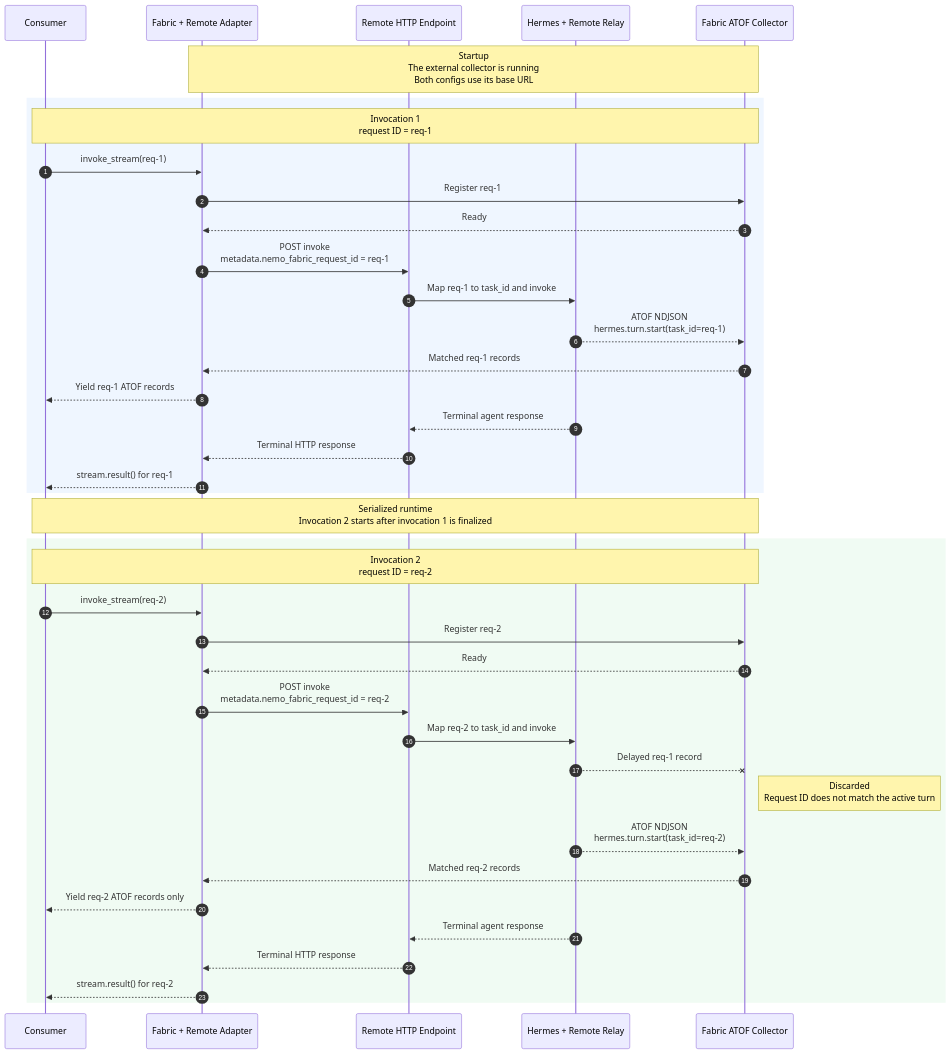
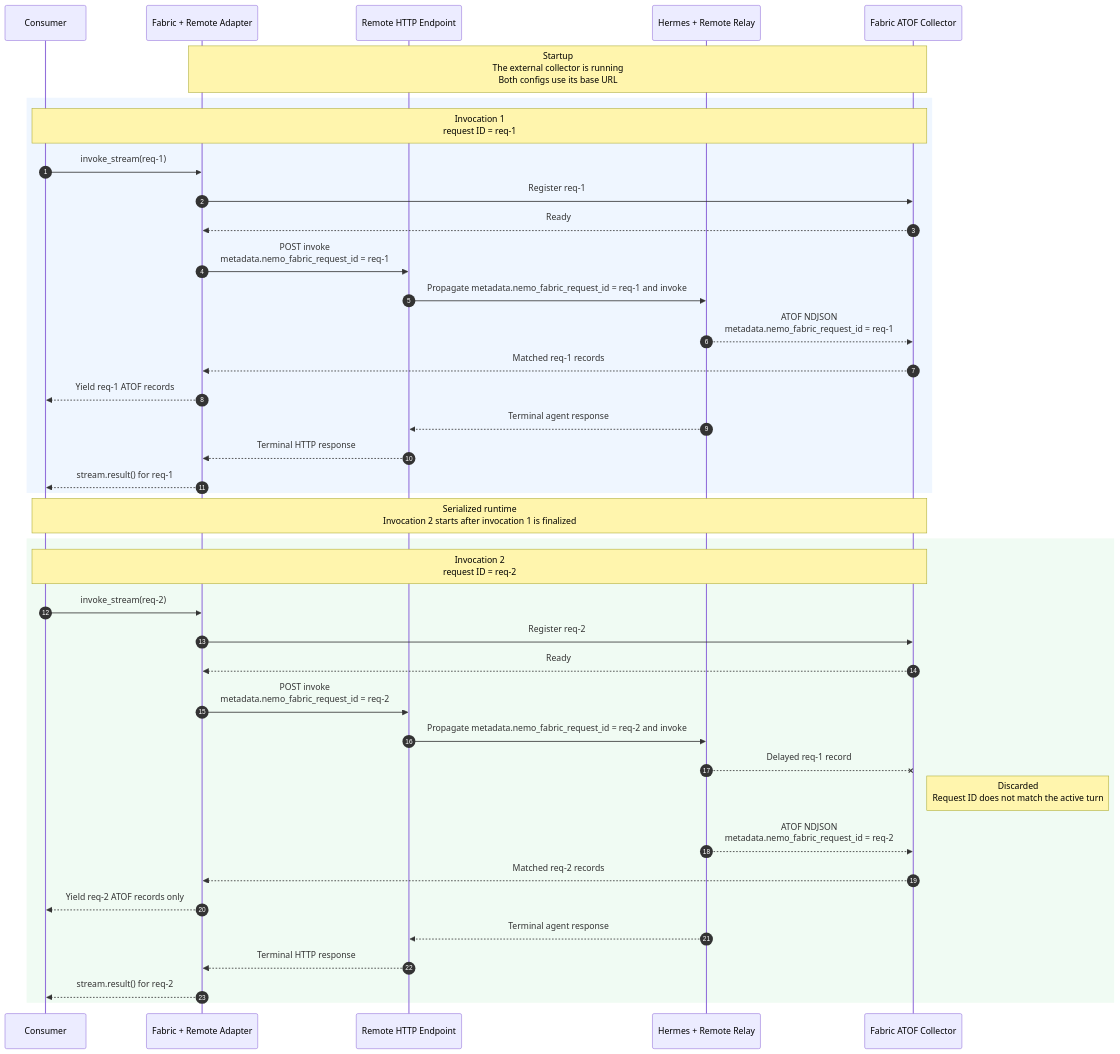
The diagram in adapters/python/remote-agent/README.md (NVIDIA/NeMo-Fabric), drawn with Mermaid before and after one commit. The commit also changed other lines of this file, not shown here.

````diff
--- a/adapters/python/remote-agent/README.md
+++ b/adapters/python/remote-agent/README.md
@@ -140,45 +138,45 @@
 ```mermaid
 sequenceDiagram
     autonumber
     participant App as Consumer
     participant Fabric as Fabric + Remote Adapter
     participant API as Remote HTTP Endpoint
     participant Hermes as Hermes + Remote Relay
     participant Collector as Fabric ATOF Collector
 
     Note over Fabric,Collector: Startup<br/>The external collector is running<br/>Both configs use its base URL
 
     rect rgb(239, 246, 255)
         Note over App,Collector: Invocation 1<br/>request ID = req-1
         App->>Fabric: invoke_stream(req-1)
         Fabric->>Collector: Register req-1
         Collector-->>Fabric: Ready
         Fabric->>API: POST invoke<br/>metadata.nemo_fabric_request_id = req-1
-        API->>Hermes: Map req-1 to task_id and invoke
-        Hermes-->>Collector: ATOF NDJSON<br/>hermes.turn.start(task_id=req-1)
+        API->>Hermes: Propagate metadata.nemo_fabric_request_id = req-1 and invoke
+        Hermes-->>Collector: ATOF NDJSON<br/>metadata.nemo_fabric_request_id = req-1
         Collector-->>Fabric: Matched req-1 records
         Fabric-->>App: Yield req-1 ATOF records
         Hermes-->>API: Terminal agent response
         API-->>Fabric: Terminal HTTP response
         Fabric-->>App: stream.result() for req-1
     end
 
     Note over App,Collector: Serialized runtime<br/>Invocation 2 starts after invocation 1 is finalized
 
     rect rgb(240, 251, 243)
         Note over App,Collector: Invocation 2<br/>request ID = req-2
         App->>Fabric: invoke_stream(req-2)
         Fabric->>Collector: Register req-2
         Collector-->>Fabric: Ready
         Fabric->>API: POST invoke<br/>metadata.nemo_fabric_request_id = req-2
-        API->>Hermes: Map req-2 to task_id and invoke
+        API->>Hermes: Propagate metadata.nemo_fabric_request_id = req-2 and invoke
         Hermes--xCollector: Delayed req-1 record
         Note right of Collector: Discarded<br/>Request ID does not match the active turn
-        Hermes-->>Collector: ATOF NDJSON<br/>hermes.turn.start(task_id=req-2)
+        Hermes-->>Collector: ATOF NDJSON<br/>metadata.nemo_fabric_request_id = req-2
         Collector-->>Fabric: Matched req-2 records
         Fabric-->>App: Yield req-2 ATOF records only
         Hermes-->>API: Terminal agent response
         API-->>Fabric: Terminal HTTP response
         Fabric-->>App: stream.result() for req-2
     end
 ```
````
